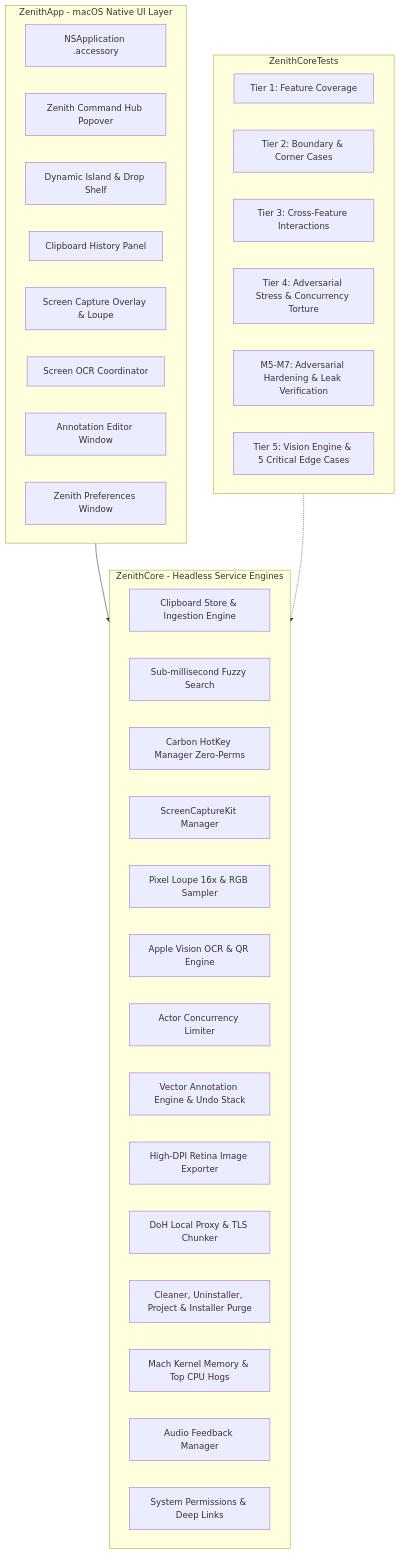
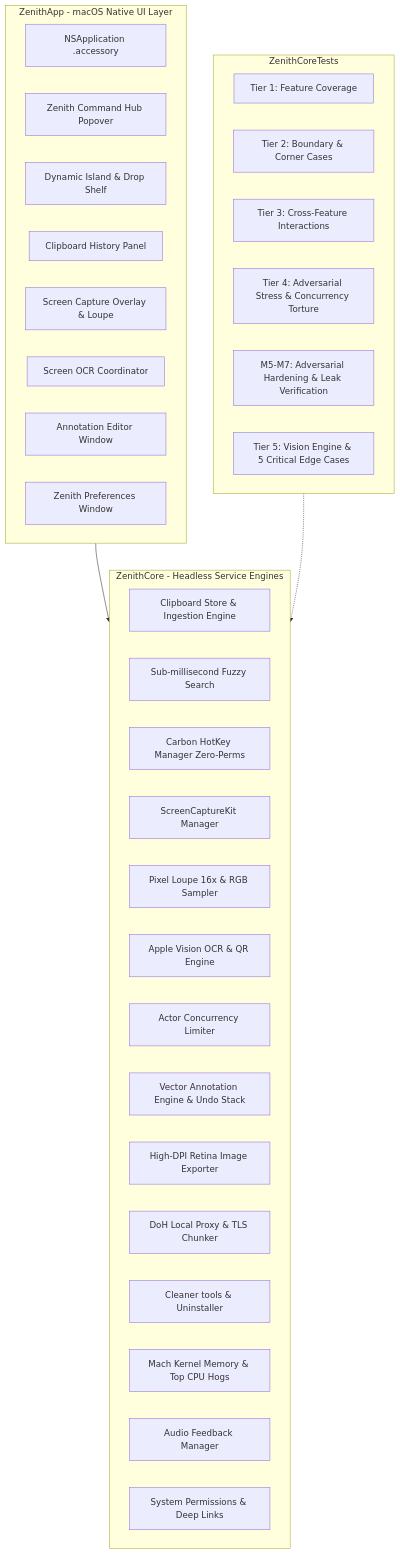
Before and after one commit to mynameisbat/zenith-macos: the diagram in README.md, drawn with Mermaid. The commit also changed other lines of this file and 6 other files, not shown here.

First line of the commit message:
feat(cleaner): reach the project, installer, leftover and drive cleaners from Settings

````diff
--- a/README.md
+++ b/README.md
@@ -220,42 +220,42 @@
 ```mermaid
 graph TD
     subgraph UI_Layer [ZenithApp - macOS Native UI Layer]
         NSApp[NSApplication .accessory]
         MenuHub[Zenith Command Hub Popover]
         NotchHUD[Dynamic Island & Drop Shelf]
         ClipPanel[Clipboard History Panel]
         CapOverlay[Screen Capture Overlay & Loupe]
         OCRCoordinator[Screen OCR Coordinator]
         AnnotWin[Annotation Editor Window]
         PrefWin[Zenith Preferences Window]
     end
 
     subgraph Core_Layer [ZenithCore - Headless Service Engines]
         ClipStore[Clipboard Store & Ingestion Engine]
         FuzzySearch[Sub-millisecond Fuzzy Search]
         HotKeys[Carbon HotKey Manager Zero-Perms]
         SCKit[ScreenCaptureKit Manager]
         Loupe[Pixel Loupe 16x & RGB Sampler]
         VisionEngine[Apple Vision OCR & QR Engine]
         VisionLimiter[Actor Concurrency Limiter]
         AnnotEngine[Vector Annotation Engine & Undo Stack]
         ExportService[High-DPI Retina Image Exporter]
         DoHProxy[DoH Local Proxy & TLS Chunker]
-        PurgeService[Cleaner, Uninstaller, Project & Installer Purge]
+        PurgeService[Cleaner tools & Uninstaller]
         Telemetry[Mach Kernel Memory & Top CPU Hogs]
         AudioMgr[Audio Feedback Manager]
         Perms[System Permissions & Deep Links]
     end
 
     subgraph Test_Layer [ZenithCoreTests]
         T1[Tier 1: Feature Coverage]
         T2[Tier 2: Boundary & Corner Cases]
         T3[Tier 3: Cross-Feature Interactions]
         T4[Tier 4: Adversarial Stress & Concurrency Torture]
         T5[M5-M7: Adversarial Hardening & Leak Verification]
         T6[Tier 5: Vision Engine & 5 Critical Edge Cases]
     end
 
     UI_Layer --> Core_Layer
     Test_Layer -.-> Core_Layer
 ```
````
